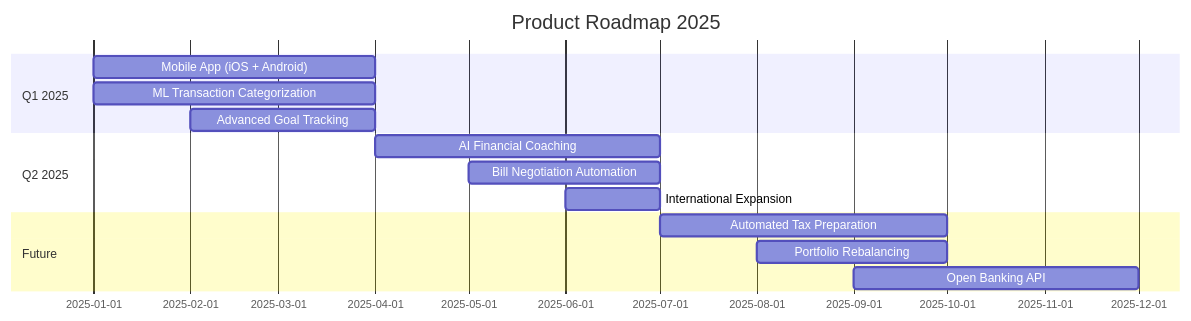
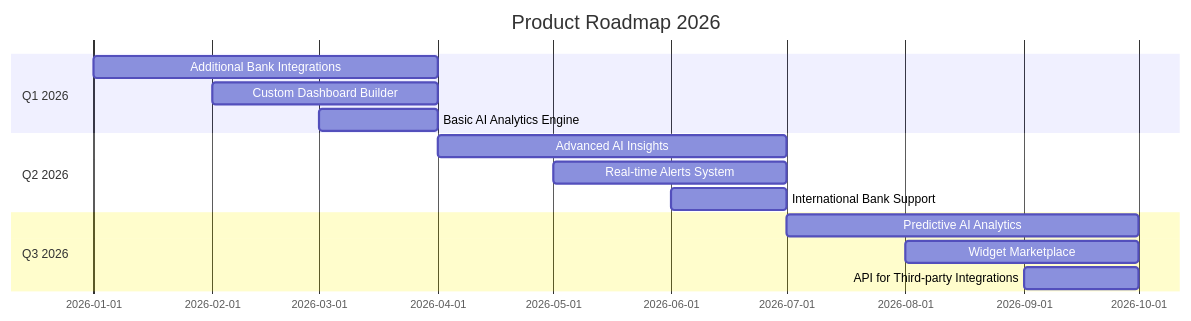
The diagram in profile/README.md (AntFinance/.github), drawn with Mermaid before and after one commit. The commit also changed other lines of this file, not shown here.

````diff
--- a/profile/README.md
+++ b/profile/README.md
@@ -186,17 +187,17 @@
 ```mermaid
 gantt
-    title Product Roadmap 2025
+    title Product Roadmap 2026
     dateFormat  YYYY-MM
-    section Q1 2025
-    Mobile App (iOS + Android)           :2025-01, 3M
-    ML Transaction Categorization        :2025-01, 3M
-    Advanced Goal Tracking               :2025-02, 2M
-    section Q2 2025
-    AI Financial Coaching                :2025-04, 3M
-    Bill Negotiation Automation          :2025-05, 2M
-    International Expansion              :2025-06, 1M
-    section Future
-    Automated Tax Preparation            :2025-07, 3M
-    Portfolio Rebalancing                :2025-08, 2M
-    Open Banking API                     :2025-09, 3M
+    section Q1 2026
+    Additional Bank Integrations         :2026-01, 3M
+    Custom Dashboard Builder             :2026-02, 2M
+    Basic AI Analytics Engine            :2026-03, 1M
+    section Q2 2026
+    Advanced AI Insights                 :2026-04, 3M
+    Real-time Alerts System              :2026-05, 2M
+    International Bank Support           :2026-06, 1M
+    section Q3 2026
+    Predictive AI Analytics              :2026-07, 3M
+    Widget Marketplace                   :2026-08, 2M
+    API for Third-party Integrations     :2026-09, 1M
 ```
````
